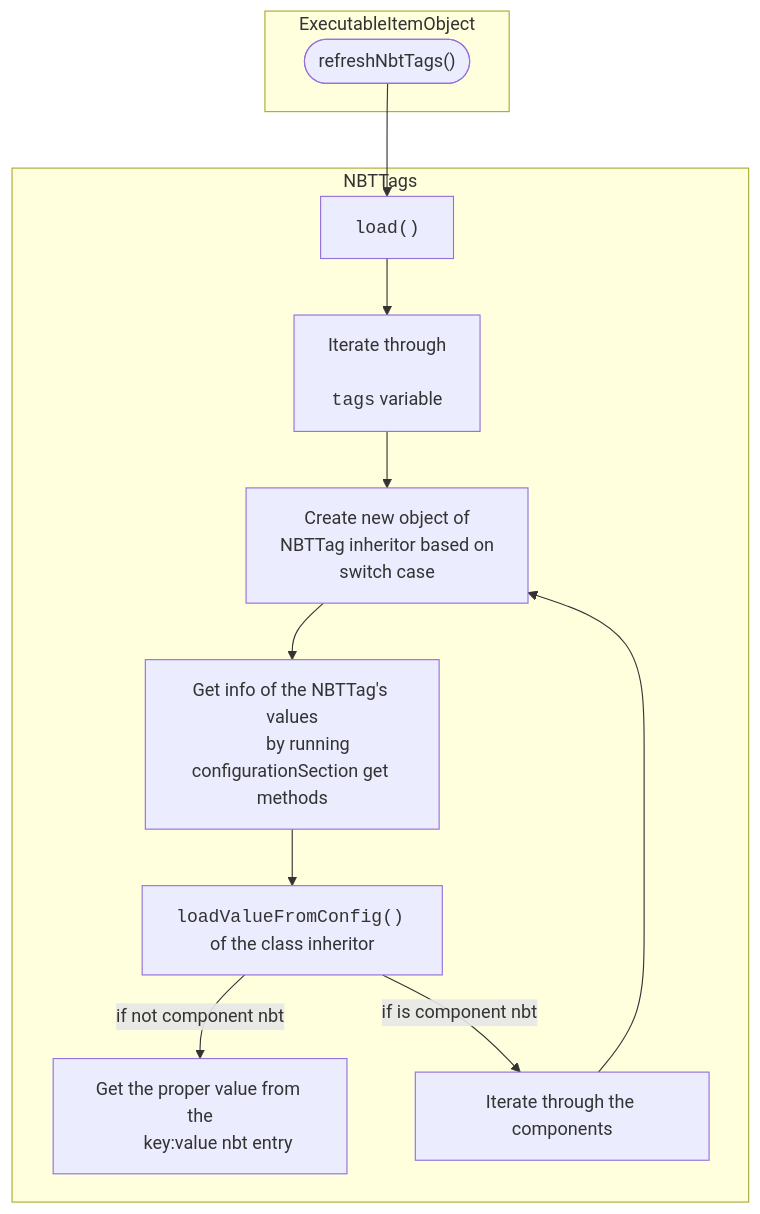
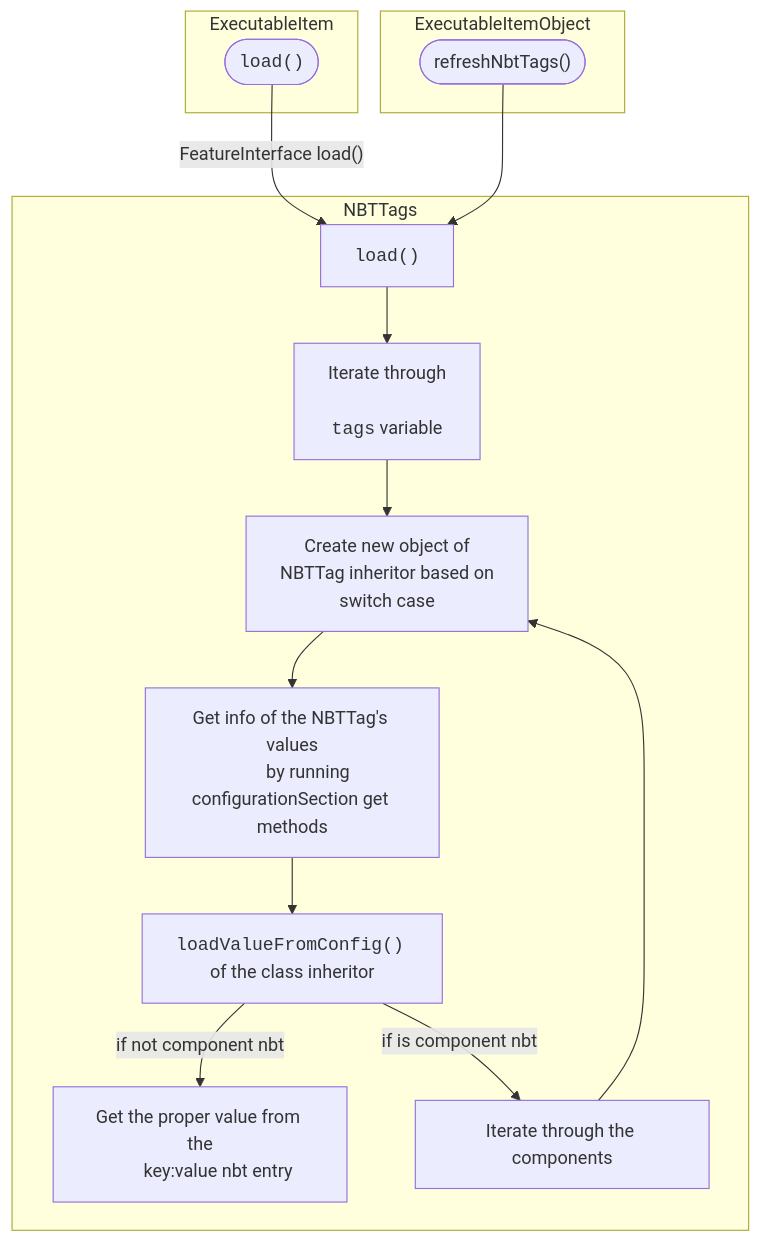
One commit to Ssomar-Developement/SCore-Documentation changed the first of 2 diagrams in docs/score/execution_flows/processing_nbt_to_items.md. Above: the diagram before and after it, drawn with Mermaid. The commit also changed other lines of this file and 2 other files, not shown here.

````diff
--- a/docs/score/execution_flows/processing_nbt_to_items.md
+++ b/docs/score/execution_flows/processing_nbt_to_items.md
@@ -167,37 +167,40 @@
 ```mermaid
 flowchart TD
+    subgraph ExecutableItem
+        startEI(["<code>load()</code>"])
+    end
     subgraph ExecutableItemObject
         start(["refreshNbtTags()"])
     end
     subgraph NBTTags
         load["<code>load()</code>"]
 
         iterate["Iterate through 
 
         <code>tags</code> variable"]
 
         switchcase["Create new object of 
         NBTTag inheritor based on
         switch case"]
 
         getinfo["Get info of the NBTTag's values
         by running configurationSection get methods"]
 
         loadValFromConfig["<code>loadValueFromConfig()</code> of the class inheritor"]
 
         getProperValue["Get the proper value from the
         key:value nbt entry"]
 
         iterateThroughList["Iterate through the components"]
     end
-
+    startEI -- "FeatureInterface load()" --> load
     start --> load
     load --> iterate
     iterate --> switchcase
     switchcase --> getinfo
     getinfo --> loadValFromConfig
     loadValFromConfig -- "if not component nbt" --> getProperValue 
     loadValFromConfig -- "if is component nbt" --> iterateThroughList
 
     iterateThroughList --> switchcase
 ```
````
